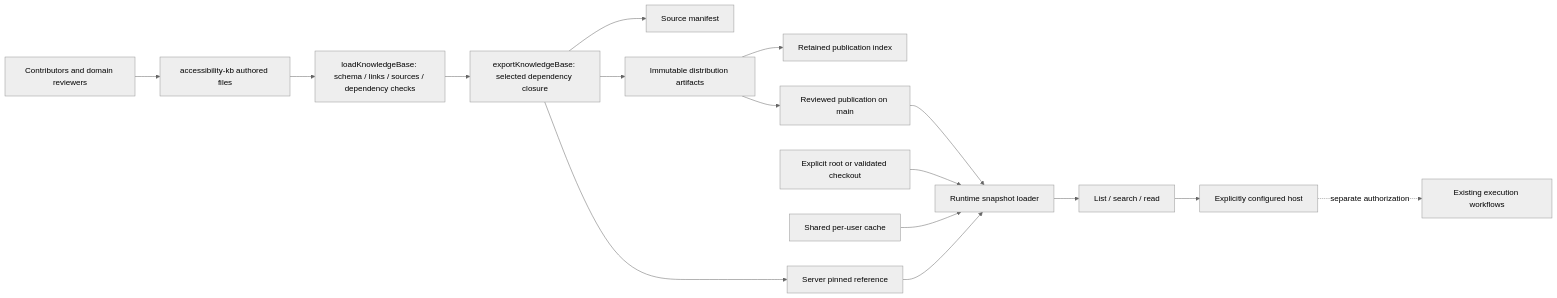
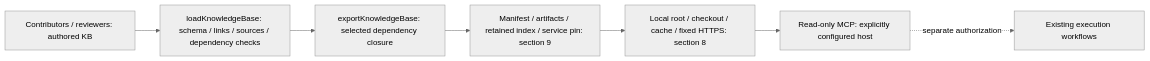
The first of 2 diagrams in knowledge-server/TECH-DESIGN.md (kaixun96/dev.A11yAssist), drawn with Mermaid (neutral theme) before and after one commit. The commit also changed other lines of this file and 1 other file, not shown here.

````diff
--- a/knowledge-server/TECH-DESIGN.md
+++ b/knowledge-server/TECH-DESIGN.md
@@ -54,18 +30,10 @@
 ```mermaid
 flowchart LR
-  Expert[Contributors and domain reviewers] --> Author[accessibility-kb authored files]
+  Author[Contributors / reviewers: authored KB]
   Author --> Validate[loadKnowledgeBase: schema / links / sources / dependency checks]
   Validate --> Export[exportKnowledgeBase: selected dependency closure]
-  Export --> Manifest[Source manifest]
-  Export --> Artifact[Immutable distribution artifacts]
-  Artifact --> Index[Retained publication index]
-  Export --> Ref[Server pinned reference]
-  Ref --> Loader[Runtime snapshot loader]
-  Local[Explicit root or validated checkout] --> Loader
-  Cache[Shared per-user cache] --> Loader
-  Artifact --> HTTPS[Reviewed publication on main]
-  HTTPS --> Loader
-  Loader --> MCP[List / search / read]
-  MCP --> Host[Explicitly configured host]
+  Export --> Release[Manifest / artifacts / retained index / service pin: section 9]
+  Release --> Loader[Local root / checkout / cache / fixed HTTPS: section 8]
+  Loader --> Host[Read-only MCP: explicitly configured host]
   Host -. separate authorization .-> Workflow[Existing execution workflows]
 ```
````
